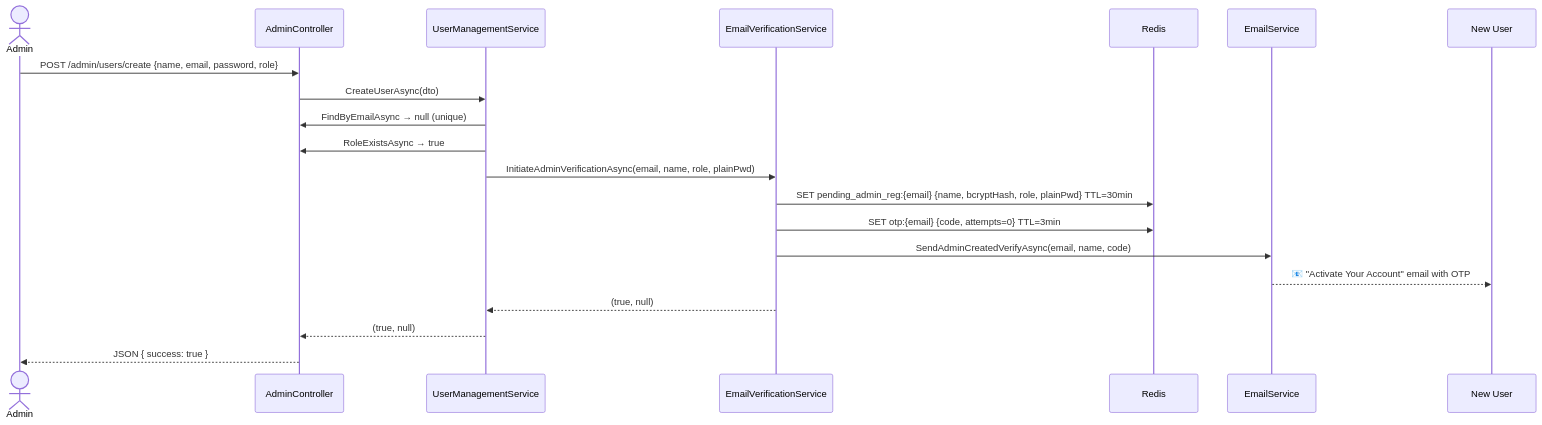
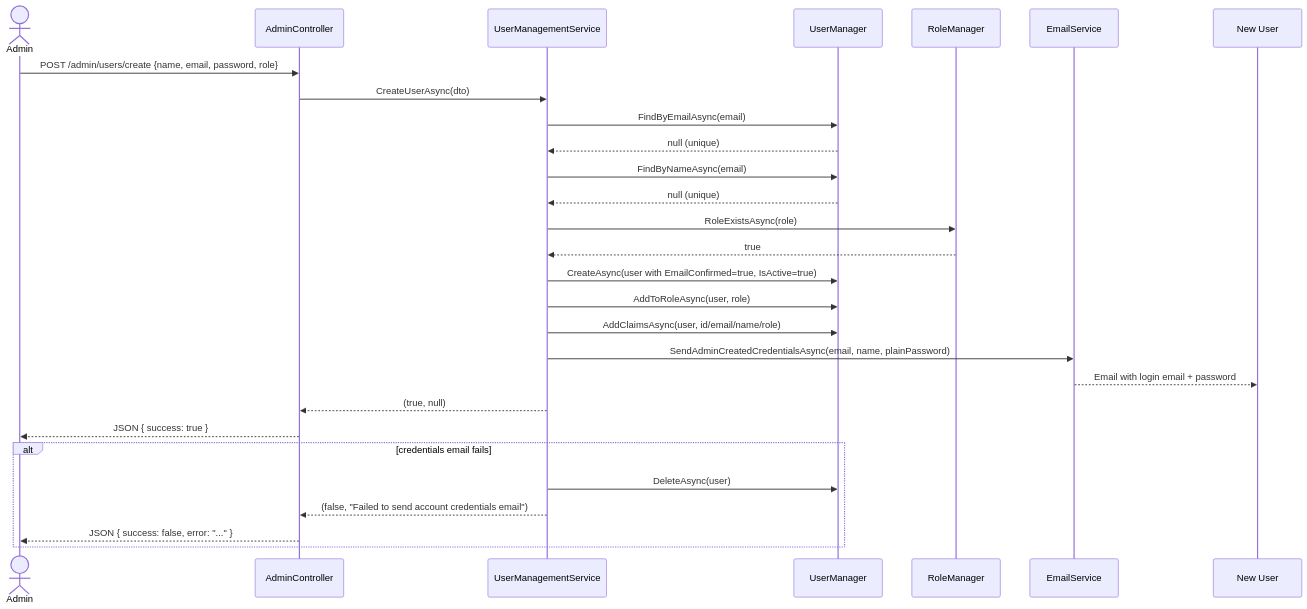
One commit to lethanhtrong161005/EduChatbotSolution changed the first of 4 diagrams in knowledge-base/ADMIN_USER_MANAGEMENT_FLOWS.md. Above: the diagram before and after it, drawn with Mermaid. The commit also changed other lines of this file and 25 other files, not shown here.

First line of the commit message:
Enhance Admin User Management and Password Reset Features

````diff
--- a/knowledge-base/ADMIN_USER_MANAGEMENT_FLOWS.md
+++ b/knowledge-base/ADMIN_USER_MANAGEMENT_FLOWS.md
@@ -9,23 +13,32 @@
 ```mermaid
 sequenceDiagram
     actor Admin
     participant UI as AdminController
     participant UMS as UserManagementService
-    participant EVS as EmailVerificationService
-    participant Redis
+    participant UM as UserManager
+    participant RM as RoleManager
     participant Email as EmailService
     participant User as New User
 
     Admin->>UI: POST /admin/users/create {name, email, password, role}
     UI->>UMS: CreateUserAsync(dto)
-    UMS->>UI: FindByEmailAsync → null (unique)
-    UMS->>UI: RoleExistsAsync → true
-    UMS->>EVS: InitiateAdminVerificationAsync(email, name, role, plainPwd)
-    EVS->>Redis: SET pending_admin_reg:{email} {name, bcryptHash, role, plainPwd} TTL=30min
-    EVS->>Redis: SET otp:{email} {code, attempts=0} TTL=3min
-    EVS->>Email: SendAdminCreatedVerifyAsync(email, name, code)
-    Email-->>User: 📧 "Activate Your Account" email with OTP
-    EVS-->>UMS: (true, null)
+    UMS->>UM: FindByEmailAsync(email)
+    UM-->>UMS: null (unique)
+    UMS->>UM: FindByNameAsync(email)
+    UM-->>UMS: null (unique)
+    UMS->>RM: RoleExistsAsync(role)
+    RM-->>UMS: true
+    UMS->>UM: CreateAsync(user with EmailConfirmed=true, IsActive=true)
+    UMS->>UM: AddToRoleAsync(user, role)
+    UMS->>UM: AddClaimsAsync(user, id/email/name/role)
+    UMS->>Email: SendAdminCreatedCredentialsAsync(email, name, plainPassword)
+    Email-->>User: Email with login email + password
     UMS-->>UI: (true, null)
     UI-->>Admin: JSON { success: true }
+
+    alt credentials email fails
+        UMS->>UM: DeleteAsync(user)
+        UMS-->>UI: (false, "Failed to send account credentials email")
+        UI-->>Admin: JSON { success: false, error: "..." }
+    end
 ```
````
